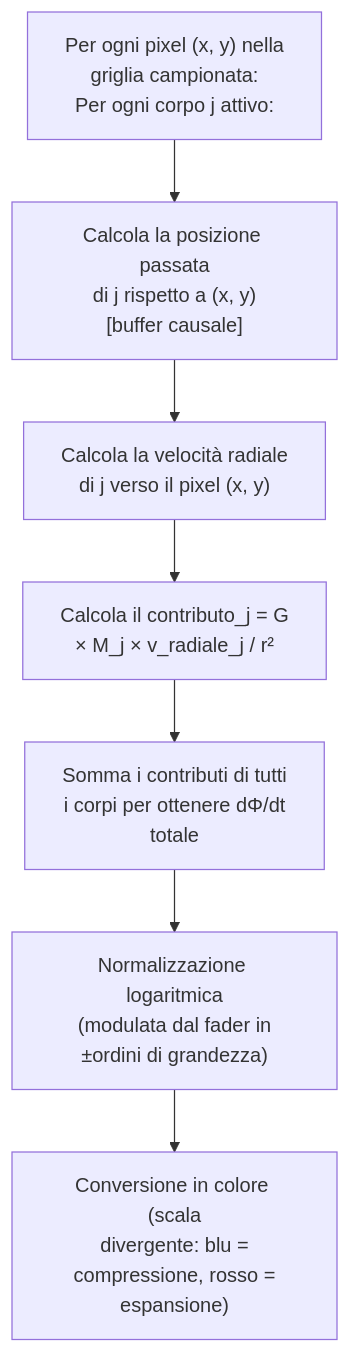
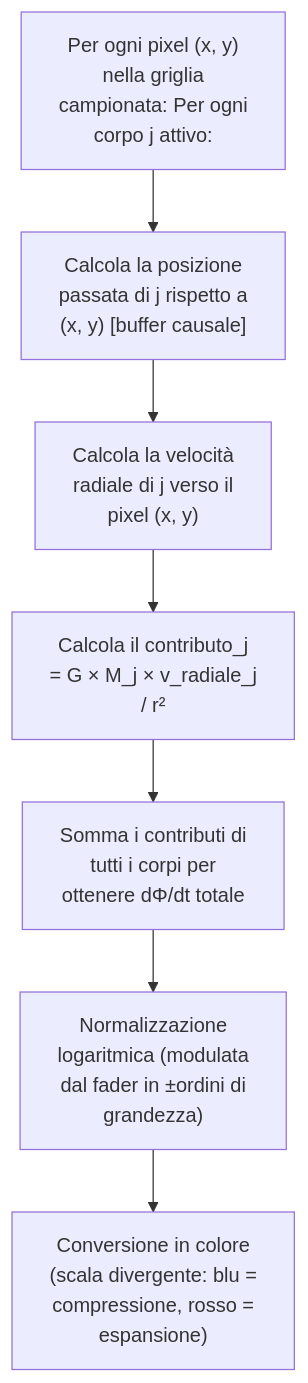
The sixth of 11 diagrams in ARCHITECTURE_DEEP_DIVE.it.md (alessandro-pioli/AstroCausal_Engine), drawn with Mermaid before and after one commit. The commit also changed other lines of this file and 2 other files, not shown here.

````diff
--- a/ARCHITECTURE_DEEP_DIVE.it.md
+++ b/ARCHITECTURE_DEEP_DIVE.it.md
@@ -489,9 +487,9 @@
 ```mermaid
 flowchart TD
-    A["Per ogni pixel (x, y) nella<br/>griglia campionata:<br/>Per ogni corpo j attivo:"] --> B["Calcola la posizione passata<br/>di j rispetto a (x, y)<br/>[buffer causale]"]
-    B --> C["Calcola la velocità radiale<br/>di j verso il pixel (x, y)"]
-    C --> D["Calcola il contributo_j = G<br/>× M_j × v_radiale_j / r²"]
-    D --> E["Somma i contributi di tutti<br/>i corpi per ottenere dΦ/dt<br/>totale"]
-    E --> F["Normalizzazione logaritmica<br/>(modulata dal fader in<br/>±ordini di grandezza)"]
-    F --> G["Conversione in colore (scala<br/>divergente: blu =<br/>compressione, rosso =<br/>espansione)"]
+    A["Per ogni pixel (x, y)<br/>nella griglia<br/>campionata: Per ogni<br/>corpo j attivo:"] --> B["Calcola la posizione<br/>passata di j rispetto a<br/>(x, y) [buffer causale]"]
+    B --> C["Calcola la velocità<br/>radiale di j verso il<br/>pixel (x, y)"]
+    C --> D["Calcola il contributo_j<br/>= G × M_j × v_radiale_j<br/>/ r²"]
+    D --> E["Somma i contributi di<br/>tutti i corpi per<br/>ottenere dΦ/dt totale"]
+    E --> F["Normalizzazione<br/>logaritmica (modulata<br/>dal fader in ±ordini di<br/>grandezza)"]
+    F --> G["Conversione in colore<br/>(scala divergente: blu =<br/>compressione, rosso =<br/>espansione)"]
 ```
````
